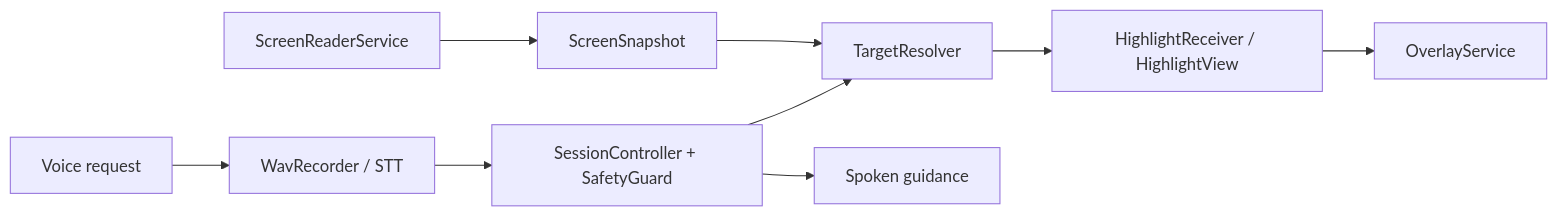
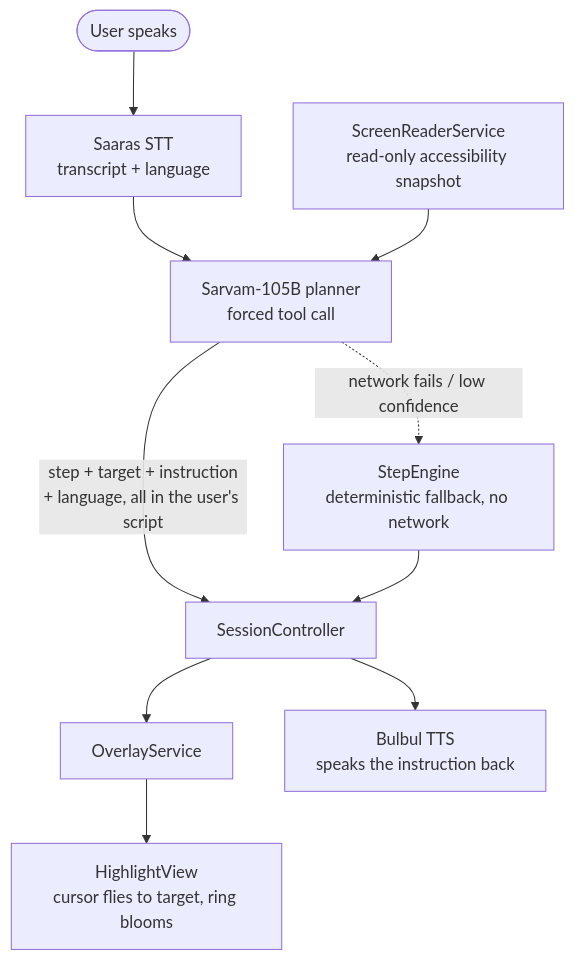
One commit to NITISH-R-G/ScreenSaathi changed the diagram in README.md. Above: the diagram before and after it, drawn with Mermaid. The commit also changed other lines of this file and 3 other files, not shown here.

````diff
--- a/README.md
+++ b/README.md
@@ -35,11 +95,12 @@
 ```mermaid
-flowchart LR
-    V[Voice request] --> R[WavRecorder / STT]
-    R --> S[SessionController + SafetyGuard]
-    A[ScreenReaderService] --> N[ScreenSnapshot]
-    N --> T[TargetResolver]
-    S --> T
-    T --> H[HighlightReceiver / HighlightView]
-    H --> O[OverlayService]
-    S --> G[Spoken guidance]
+flowchart TD
+    U([User speaks]) --> STT[Saaras STT<br/>transcript + language]
+    STT --> P[Sarvam-105B planner<br/>forced tool call]
+    R[ScreenReaderService<br/>read-only accessibility snapshot] --> P
+    P -->|step + target + instruction<br/>+ language, all in the user's script| SC[SessionController]
+    SC --> OV[OverlayService]
+    OV --> HL[HighlightView<br/>cursor flies to target, ring blooms]
+    SC --> TTS[Bulbul TTS<br/>speaks the instruction back]
+    P -.network fails / low confidence.-> SE[StepEngine<br/>deterministic fallback, no network]
+    SE --> SC
 ```
````
